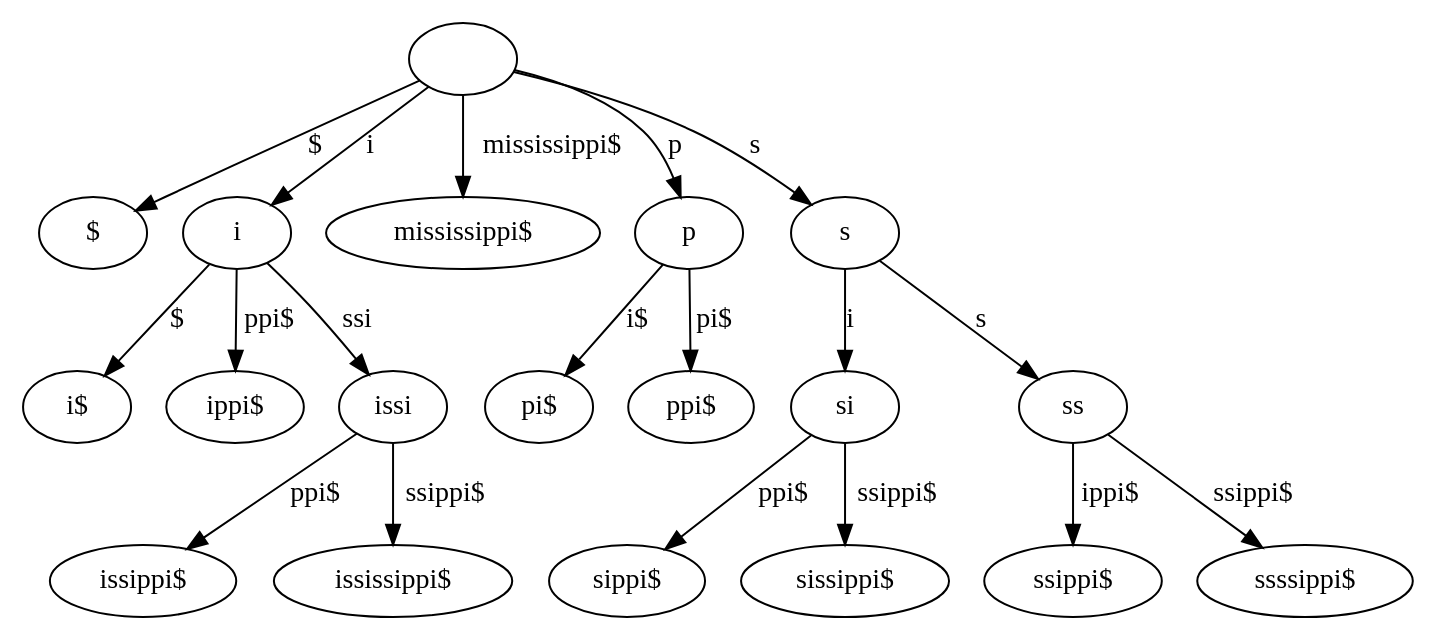
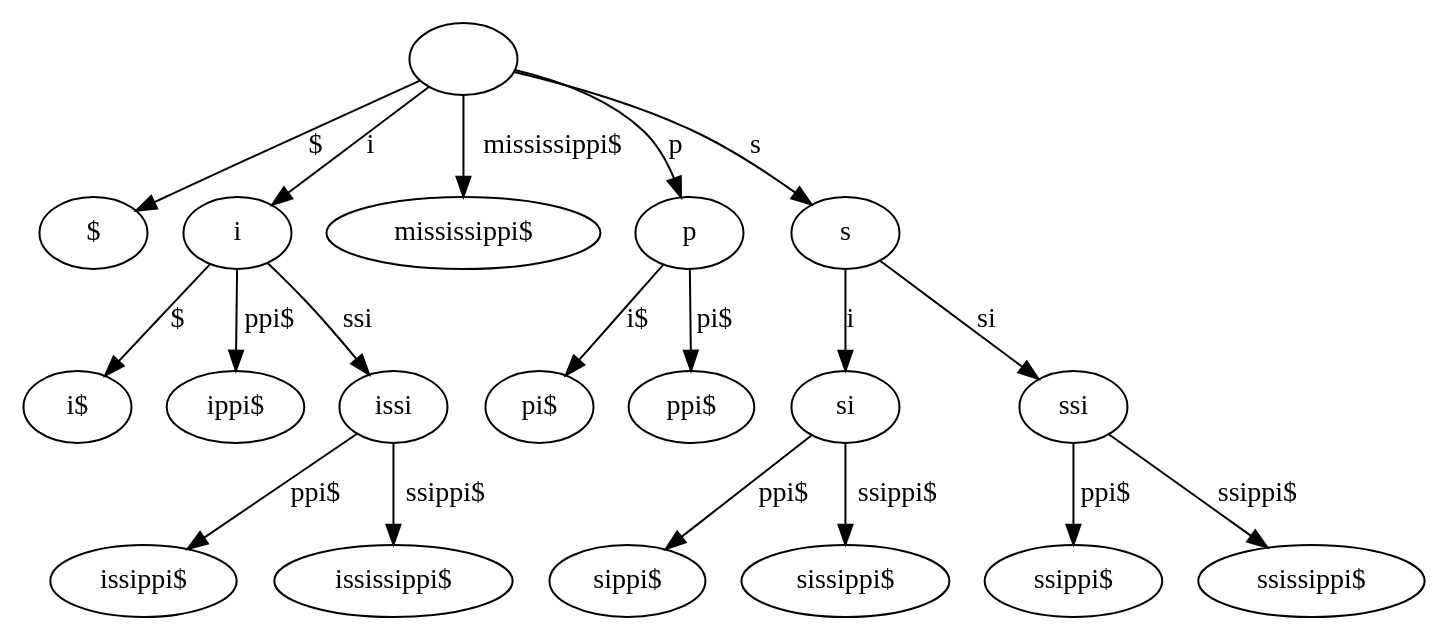
The diagram in 3_lcp_suffix_tree/test-output/iter/11 ssissippi$.gv (cmkobel/GSA), drawn with Graphviz before and after one commit. The commit also changed 13 other files, not shown here.

```diff
--- a/3_lcp_suffix_tree/test-output/iter/11 ssissippi$.gv
+++ b/3_lcp_suffix_tree/test-output/iter/11 ssissippi$.gv
@@ -1,40 +1,40 @@
 // Suffix tree
 digraph {
 	"|" [label=""]
 	"$|$" [label="$"]
 	"|" -> "$|$" [label="$"]
 	"i|i" [label=i]
 	"$|i$" [label="i$"]
 	"i|i" -> "$|i$" [label="$"]
 	"ppi$|ippi$" [label="ippi$"]
 	"i|i" -> "ppi$|ippi$" [label="ppi$"]
 	"ssi|issi" [label=issi]
 	"ppi$|issippi$" [label="issippi$"]
 	"ssi|issi" -> "ppi$|issippi$" [label="ppi$"]
 	"ssippi$|ississippi$" [label="ississippi$"]
 	"ssi|issi" -> "ssippi$|ississippi$" [label="ssippi$"]
 	"i|i" -> "ssi|issi" [label=ssi]
 	"|" -> "i|i" [label=i]
 	"mississippi$|mississippi$" [label="mississippi$"]
 	"|" -> "mississippi$|mississippi$" [label="mississippi$"]
 	"p|p" [label=p]
 	"i$|pi$" [label="pi$"]
 	"p|p" -> "i$|pi$" [label="i$"]
 	"pi$|ppi$" [label="ppi$"]
 	"p|p" -> "pi$|ppi$" [label="pi$"]
 	"|" -> "p|p" [label=p]
 	"s|s" [label=s]
 	"i|si" [label=si]
 	"ppi$|sippi$" [label="sippi$"]
 	"i|si" -> "ppi$|sippi$" [label="ppi$"]
 	"ssippi$|sissippi$" [label="sissippi$"]
 	"i|si" -> "ssippi$|sissippi$" [label="ssippi$"]
 	"s|s" -> "i|si" [label=i]
-	"s|ss" [label=ss]
-	"ippi$|ssippi$" [label="ssippi$"]
-	"s|ss" -> "ippi$|ssippi$" [label="ippi$"]
-	"ssippi$|ssssippi$" [label="ssssippi$"]
-	"s|ss" -> "ssippi$|ssssippi$" [label="ssippi$"]
-	"s|s" -> "s|ss" [label=s]
+	"si|ssi" [label=ssi]
+	"ppi$|ssippi$" [label="ssippi$"]
+	"si|ssi" -> "ppi$|ssippi$" [label="ppi$"]
+	"ssippi$|ssissippi$" [label="ssissippi$"]
+	"si|ssi" -> "ssippi$|ssissippi$" [label="ssippi$"]
+	"s|s" -> "si|ssi" [label=si]
 	"|" -> "s|s" [label=s]
 }
```
